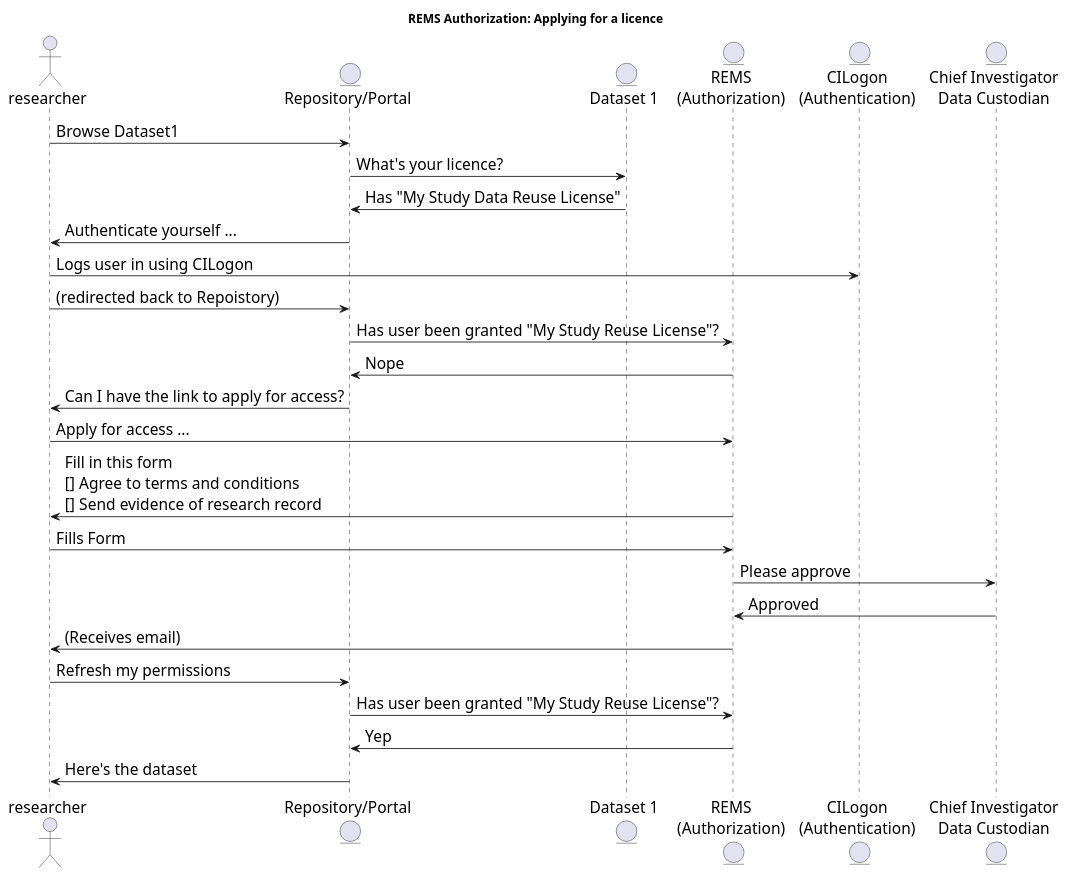
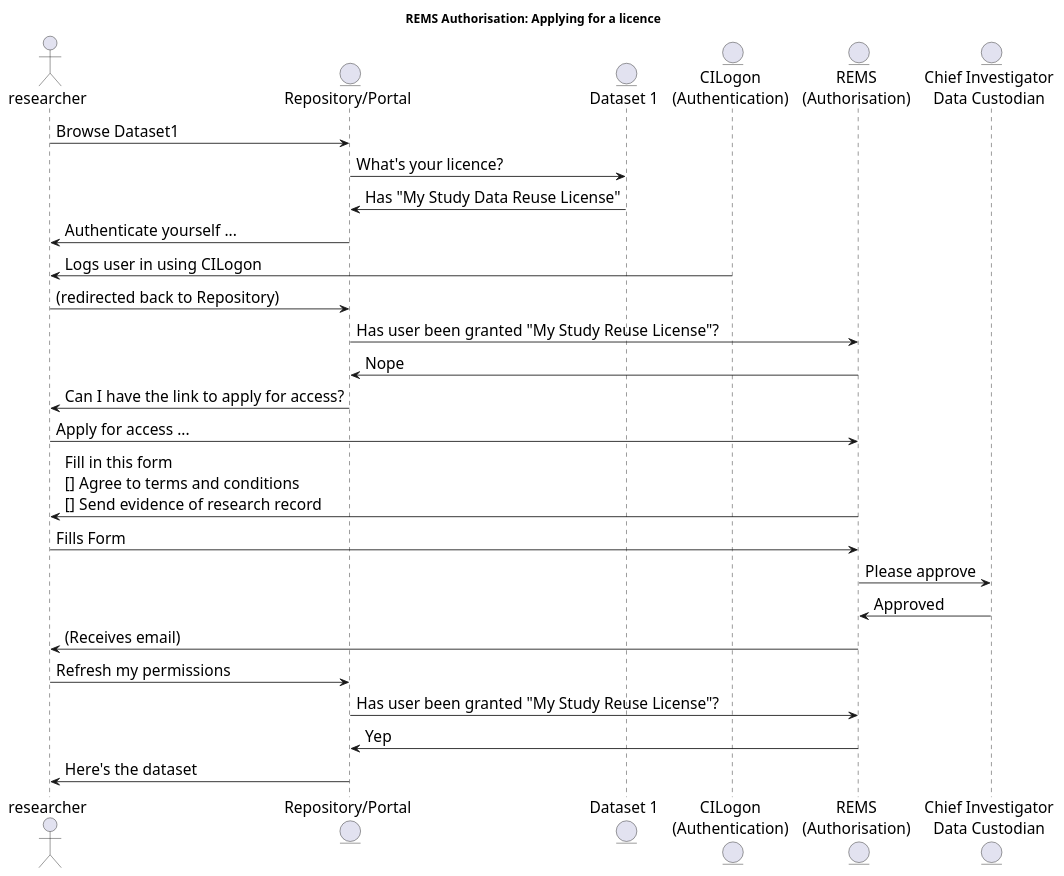
One commit to Language-Research-Technology/plantuml-diagrams changed the diagram in ldaca/ci-logon-and-rems-auth-apply-for-license.puml. Above: the diagram before and after it, drawn with PlantUML. The commit also changed 24 other files, not shown here.

Commit message:
more diagrams

```diff
--- a/ldaca/ci-logon-and-rems-auth-apply-for-license.puml
+++ b/ldaca/ci-logon-and-rems-auth-apply-for-license.puml
@@ -2,34 +2,34 @@
 @startuml
 skinparam defaultFontSize 18
 
-title: REMS Authorization: Applying for a licence
+title: REMS Authorisation: Applying for a licence
 actor researcher as res
 entity "Repository/Portal" as rep
 entity "Dataset 1" as c
 
-entity "REMS\n(Authorization)" as gls
 entity "CILogon\n(Authentication)" as cl
+entity "REMS\n(Authorisation)" as gls
 
 entity "Chief Investigator\nData Custodian" as dc
 
 res -> rep : Browse Dataset1
 rep -> c : What's your licence?
 c -> rep : Has "My Study Data Reuse License" 
 rep -> res : Authenticate yourself ...
-res -> cl : Logs user in using CILogon
-res -> rep : (redirected back to Repoistory) 
+cl -> res : Logs user in using CILogon
+res -> rep : (redirected back to Repository) 
 rep ->  gls : Has user been granted "My Study Reuse License"?
 gls -> rep : Nope
 rep -> res : Can I have the link to apply for access?
 res -> gls : Apply for access ...
 gls -> res : Fill in this form \n[] Agree to terms and conditions \n[] Send evidence of research record
 res -> gls : Fills Form
 gls -> dc : Please approve
 dc -> gls : Approved
 gls -> res : (Receives email)
 res -> rep : Refresh my permissions
 rep -> gls : Has user been granted "My Study Reuse License"?
 gls -> rep : Yep
 rep -> res : Here's the dataset
 
 @enduml
```
